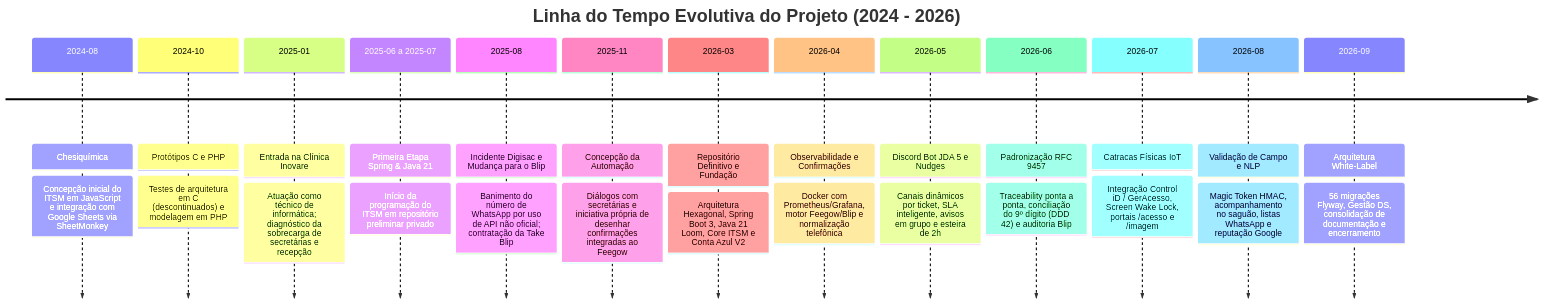
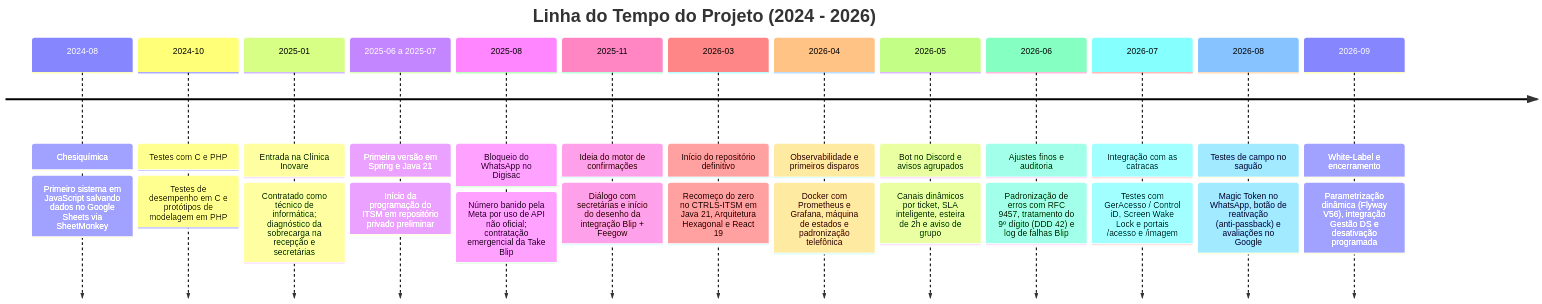
Before and after one commit to VictorGHss/CTRLS-ITSM: the first of 3 diagrams in docs/RELATORIO_DESENVOLVIMENTO_E_POSTMORTEM.md, drawn with Mermaid. The commit also changed other lines of this file and 1 other file, not shown here.

````diff
--- a/docs/RELATORIO_DESENVOLVIMENTO_E_POSTMORTEM.md
+++ b/docs/RELATORIO_DESENVOLVIMENTO_E_POSTMORTEM.md
@@ -29,17 +29,17 @@
 ```mermaid
 timeline
-    title Linha do Tempo Evolutiva do Projeto (2024 - 2026)
-    2024-08 : Chesiquímica : Concepção inicial do ITSM em JavaScript e integração com Google Sheets via SheetMonkey
-    2024-10 : Protótipos C e PHP : Testes de arquitetura em C (descontinuados) e modelagem em PHP
-    2025-01 : Entrada na Clínica Inovare : Atuação como técnico de informática; diagnóstico da sobrecarga de secretárias e recepção
-    2025-06 a 2025-07 : Primeira Etapa Spring & Java 21 : Início da programação do ITSM em repositório preliminar privado
-    2025-08 : Incidente Digisac e Mudança para o Blip : Banimento do número de WhatsApp por uso de API não oficial; contratação da Take Blip
-    2025-11 : Concepção da Automação : Diálogos com secretárias e iniciativa própria de desenhar confirmações integradas ao Feegow
-    2026-03 : Repositório Definitivo e Fundação : Arquitetura Hexagonal, Spring Boot 3, Java 21 Loom, Core ITSM e Conta Azul V2
-    2026-04 : Observabilidade e Confirmações : Docker com Prometheus/Grafana, motor Feegow/Blip e normalização telefônica
-    2026-05 : Discord Bot JDA 5 e Nudges : Canais dinâmicos por ticket, SLA inteligente, avisos em grupo e esteira de 2h
-    2026-06 : Padronização RFC 9457 : Traceability ponta a ponta, conciliação do 9º dígito (DDD 42) e auditoria Blip
-    2026-07 : Catracas Físicas IoT : Integração Control iD / GerAcesso, Screen Wake Lock, portais /acesso e /imagem
-    2026-08 : Validação de Campo e NLP : Magic Token HMAC, acompanhamento no saguão, listas WhatsApp e reputação Google
-    2026-09 : Arquitetura White-Label : 56 migrações Flyway, Gestão DS, consolidação de documentação e encerramento
+    title Linha do Tempo do Projeto (2024 - 2026)
+    2024-08 : Chesiquímica : Primeiro sistema em JavaScript salvando dados no Google Sheets via SheetMonkey
+    2024-10 : Testes com C e PHP : Testes de desempenho em C e protótipos de modelagem em PHP
+    2025-01 : Entrada na Clínica Inovare : Contratado como técnico de informática; diagnóstico da sobrecarga na recepção e secretárias
+    2025-06 a 2025-07 : Primeira versão em Spring e Java 21 : Início da programação do ITSM em repositório privado preliminar
+    2025-08 : Bloqueio do WhatsApp no Digisac : Número banido pela Meta por uso de API não oficial; contratação emergencial da Take Blip
+    2025-11 : Ideia do motor de confirmações : Diálogo com secretárias e início do desenho da integração Blip + Feegow
+    2026-03 : Início do repositório definitivo : Recomeço do zero no CTRLS-ITSM em Java 21, Arquitetura Hexagonal e React 19
+    2026-04 : Observabilidade e primeiros disparos : Docker com Prometheus e Grafana, máquina de estados e padronização telefônica
+    2026-05 : Bot no Discord e avisos agrupados : Canais dinâmicos por ticket, SLA inteligente, esteira de 2h e aviso de grupo
+    2026-06 : Ajustes finos e auditoria : Padronização de erros com RFC 9457, tratamento do 9º dígito (DDD 42) e log de falhas Blip
+    2026-07 : Integração com as catracas : Testes com GerAcesso / Control iD, Screen Wake Lock e portais /acesso e /imagem
+    2026-08 : Testes de campo no saguão : Magic Token no WhatsApp, botão de reativação (anti-passback) e avaliações no Google
+    2026-09 : White-Label e encerramento : Parametrização dinâmica (Flyway V56), integração Gestão DS e desativação programada
 ```
````
